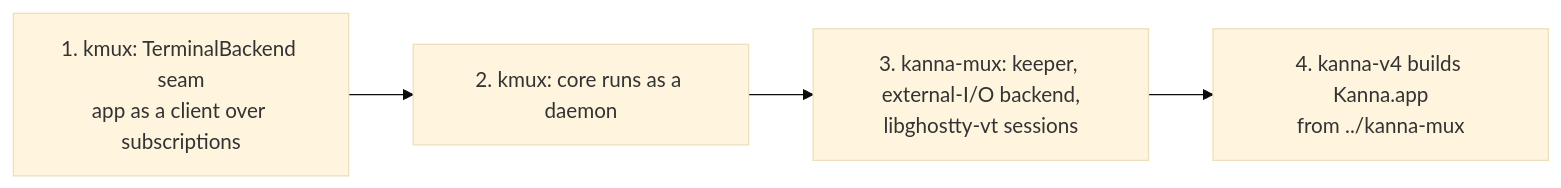
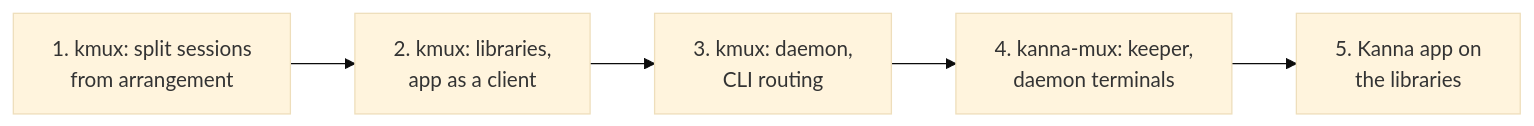
One commit to jemdiggity/kanna-v4 changed the ninth of 9 diagrams in docs/research/mux-architecture.md. Above: the diagram before and after it, drawn with Mermaid (base theme). The commit also changed other lines of this file, not shown here.

Commit message:
Mux architecture: kmux as libraries, the daemon owns sessions, each UI owns its arrangement, one CLI socket

````diff
--- a/docs/research/mux-architecture.md
+++ b/docs/research/mux-architecture.md
@@ -244,6 +282,7 @@
 ```mermaid
 flowchart LR
-    S1["1. kmux: TerminalBackend seam<br/>app as a client over subscriptions"] --> S2["2. kmux: core runs as a daemon"]
-    S2 --> S3["3. kanna-mux: keeper, external-I/O backend,<br/>libghostty-vt sessions"]
-    S3 --> S4["4. kanna-v4 builds Kanna.app<br/>from ../kanna-mux"]
+    S1["1. kmux: split sessions<br/>from arrangement"] --> S2["2. kmux: libraries,<br/>app as a client"]
+    S2 --> S3["3. kmux: daemon,<br/>CLI routing"]
+    S3 --> S4["4. kanna-mux: keeper,<br/>daemon terminals"]
+    S4 --> S5["5. Kanna app on<br/>the libraries"]
 ```
````
